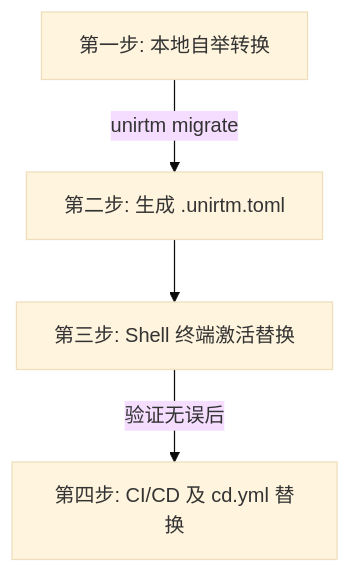
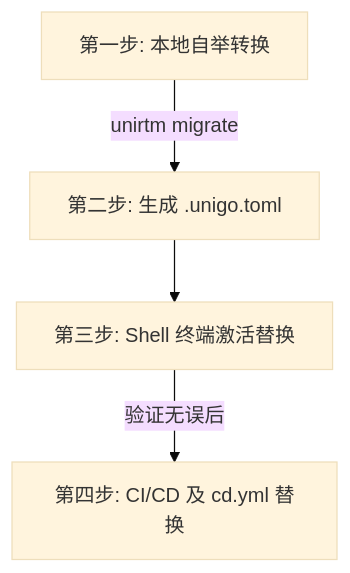
Before and after one commit to snowdreamtech/UniBootDesktop: the diagram in .kiro/migration_assessment.md, drawn with Mermaid (base theme). The commit also changed other lines of this file and 23 other files, not shown here.

````diff
--- a/.kiro/migration_assessment.md
+++ b/.kiro/migration_assessment.md
@@ -65,6 +65,6 @@
 ```mermaid
 graph TD
-    A[第一步: 本地自举转换] -->|unirtm migrate| B[第二步: 生成 .unirtm.toml]
+    A[第一步: 本地自举转换] -->|unirtm migrate| B[第二步: 生成 .unigo.toml]
     B --> C[第三步: Shell 终端激活替换]
     C -->|验证无误后| D[第四步: CI/CD 及 cd.yml 替换]
 ```
````
